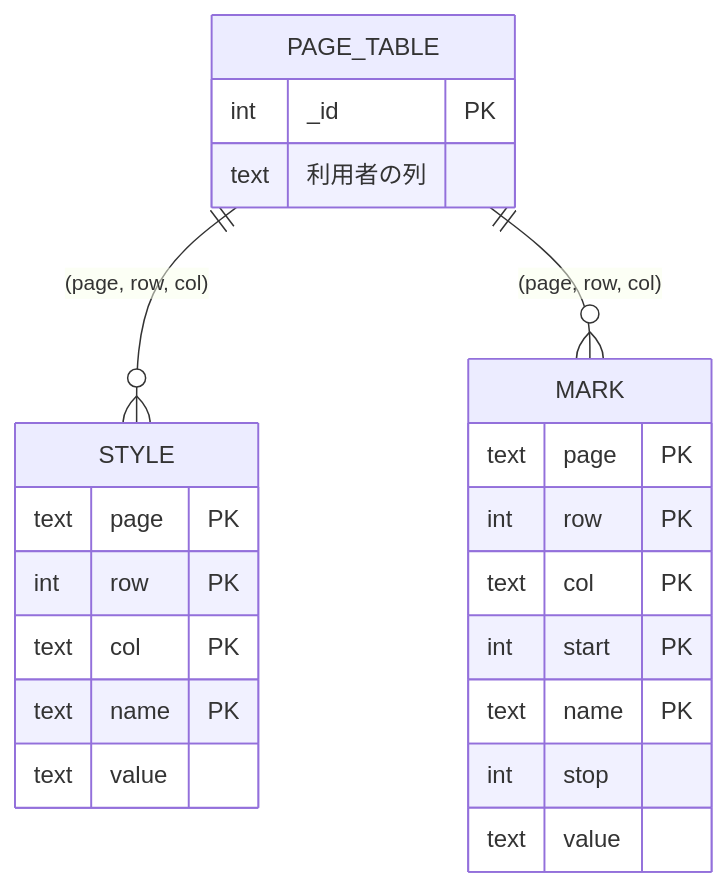
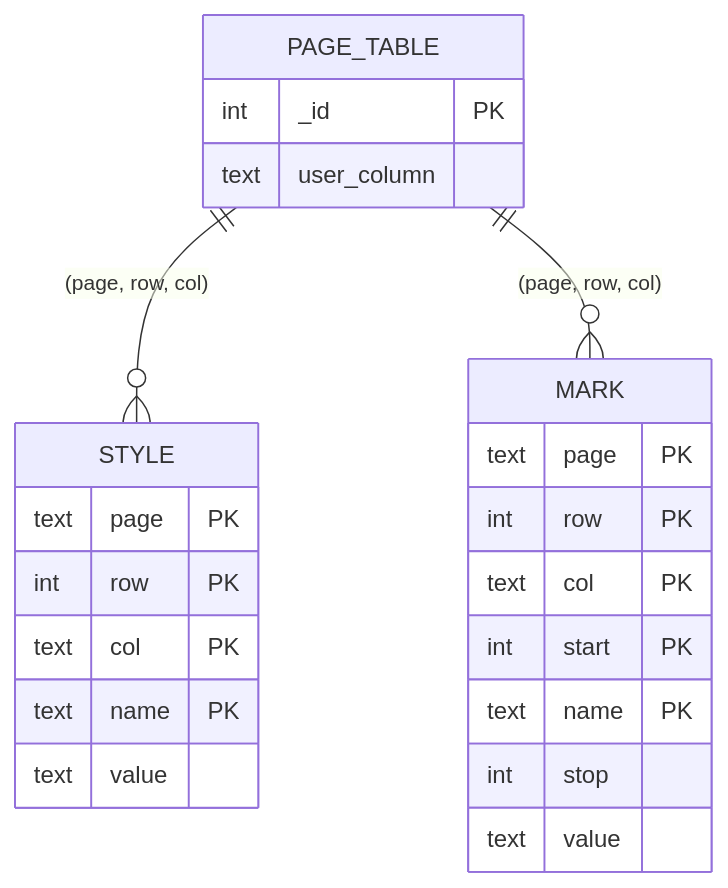
The second of 2 diagrams in README.md (tseijp/cloudflare-r2-sqlite-test), drawn with Mermaid before and after one commit. The commit also changed other lines of this file and 133 other files, not shown here.

````diff
--- a/README.md
+++ b/README.md
@@ -170,8 +171,8 @@
 ```mermaid
 erDiagram
     PAGE_TABLE ||--o{ "STYLE" : "(page, row, col)"
     PAGE_TABLE ||--o{ MARK : "(page, row, col)"
-    PAGE_TABLE { int _id PK  text 利用者の列 }
+    PAGE_TABLE { int _id PK  text user_column }
     "STYLE" { text page PK  int row PK  text col PK  text name PK  text value }
     MARK { text page PK  int row PK  text col PK  int start PK  text name PK  int stop  text value }
 ```
````
